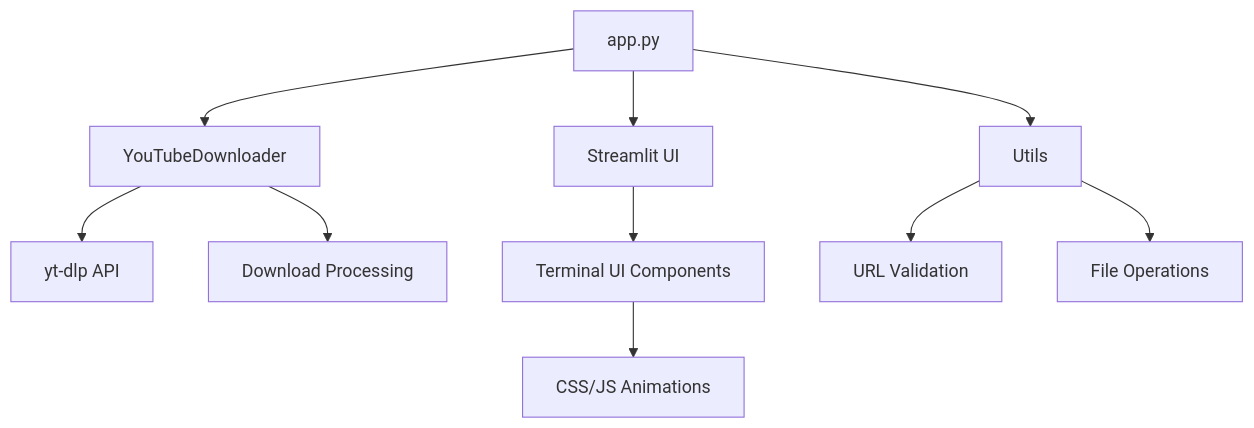
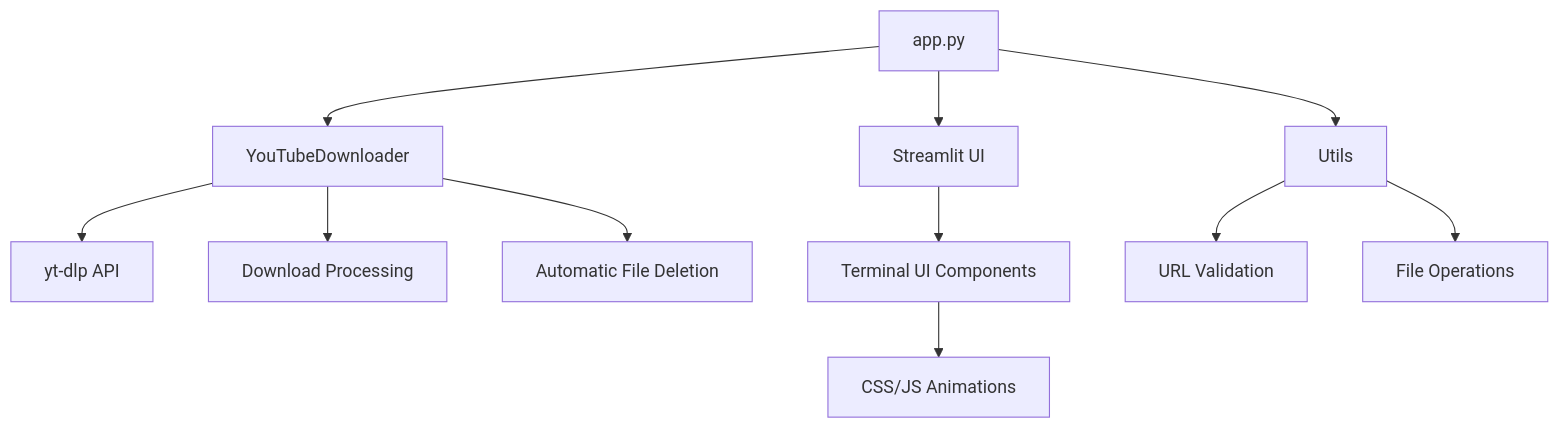
The diagram in README.md (ChristopherJoshy/YoutubeDownloader), drawn with Mermaid before and after one commit. The commit also changed other lines of this file and 2 other files, not shown here.

Commit message:
Add automatic file deletion after download feature

````diff
--- a/README.md
+++ b/README.md
@@ -142,12 +142,13 @@
 ```mermaid
 graph TD
     A[app.py] --> B[YouTubeDownloader]
     B --> C[yt-dlp API]
     B --> D[Download Processing]
     A --> E[Streamlit UI]
     E --> F[Terminal UI Components]
     F --> G[CSS/JS Animations]
     A --> H[Utils]
     H --> I[URL Validation]
     H --> J[File Operations]
+    B --> K[Automatic File Deletion]
 ```
````
